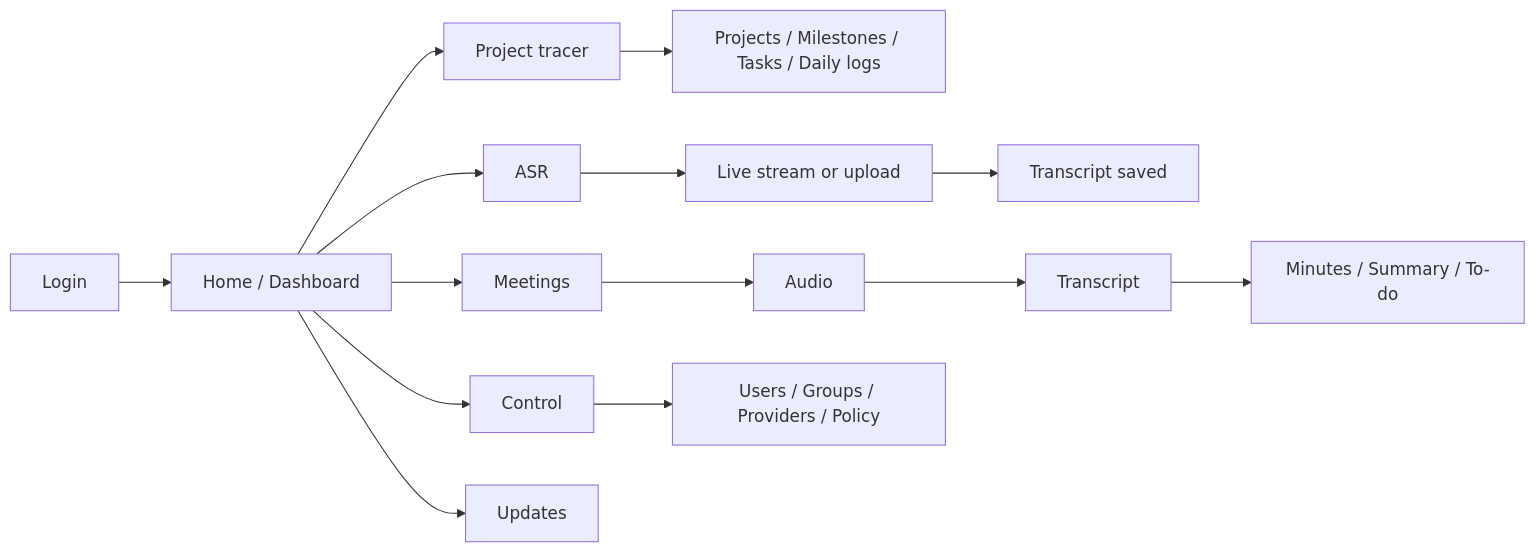
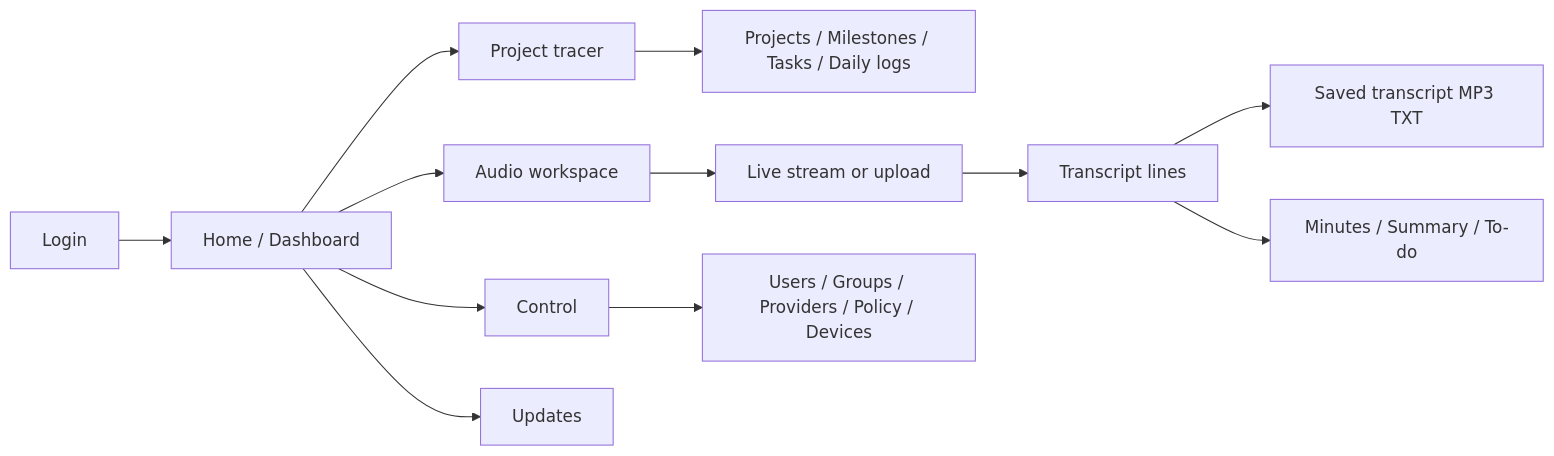
One commit to JasonLn0711/trace_itself changed the third of 4 diagrams in README.md. Above: the diagram before and after it, drawn with Mermaid. The commit also changed other lines of this file, not shown here.

````diff
--- a/README.md
+++ b/README.md
@@ -234,17 +256,15 @@
 ```mermaid
 flowchart LR
     L[Login] --> H[Home / Dashboard]
     H --> PT[Project tracer]
-    H --> ASR[ASR]
-    H --> MT[Meetings]
+    H --> AW[Audio workspace]
     H --> CT[Control]
     H --> UP[Updates]
 
     PT --> P1[Projects / Milestones / Tasks / Daily logs]
-    ASR --> A1[Live stream or upload]
-    A1 --> A2[Transcript saved]
-    MT --> M1[Audio]
-    M1 --> M2[Transcript]
-    M2 --> M3[Minutes / Summary / To-do]
-    CT --> C1[Users / Groups / Providers / Policy]
+    AW --> A1[Live stream or upload]
+    A1 --> A2[Transcript lines]
+    A2 --> A3[Saved transcript MP3 TXT]
+    A2 --> A4[Minutes / Summary / To-do]
+    CT --> C1[Users / Groups / Providers / Policy / Devices]
 ```
````
